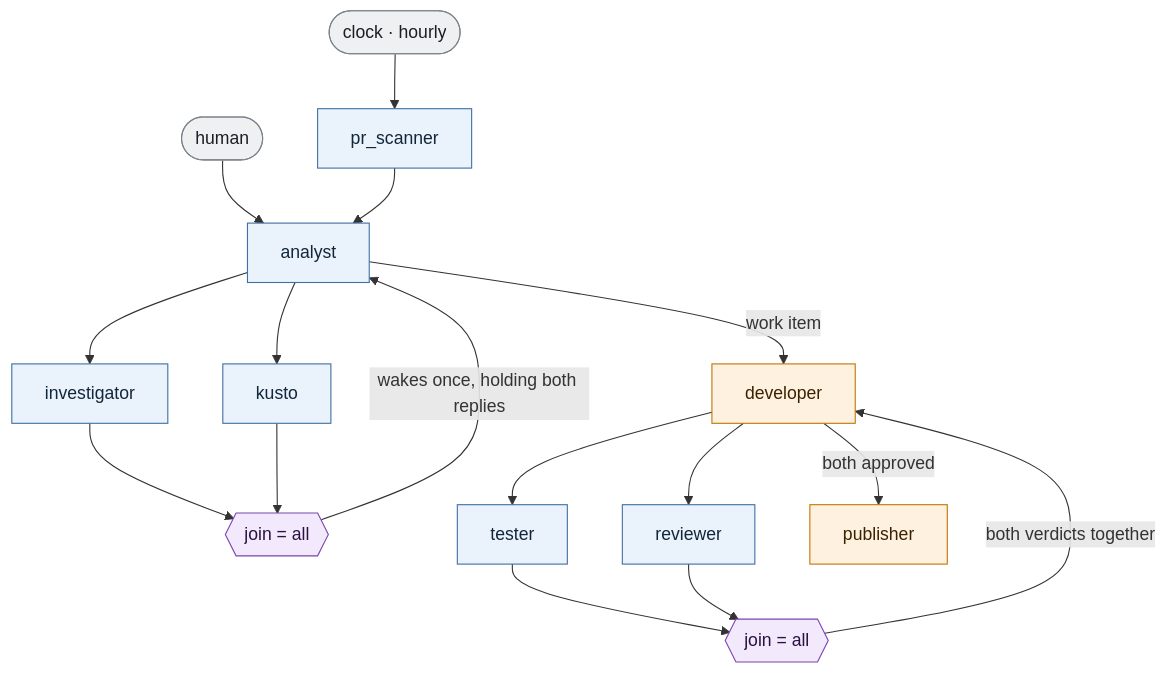
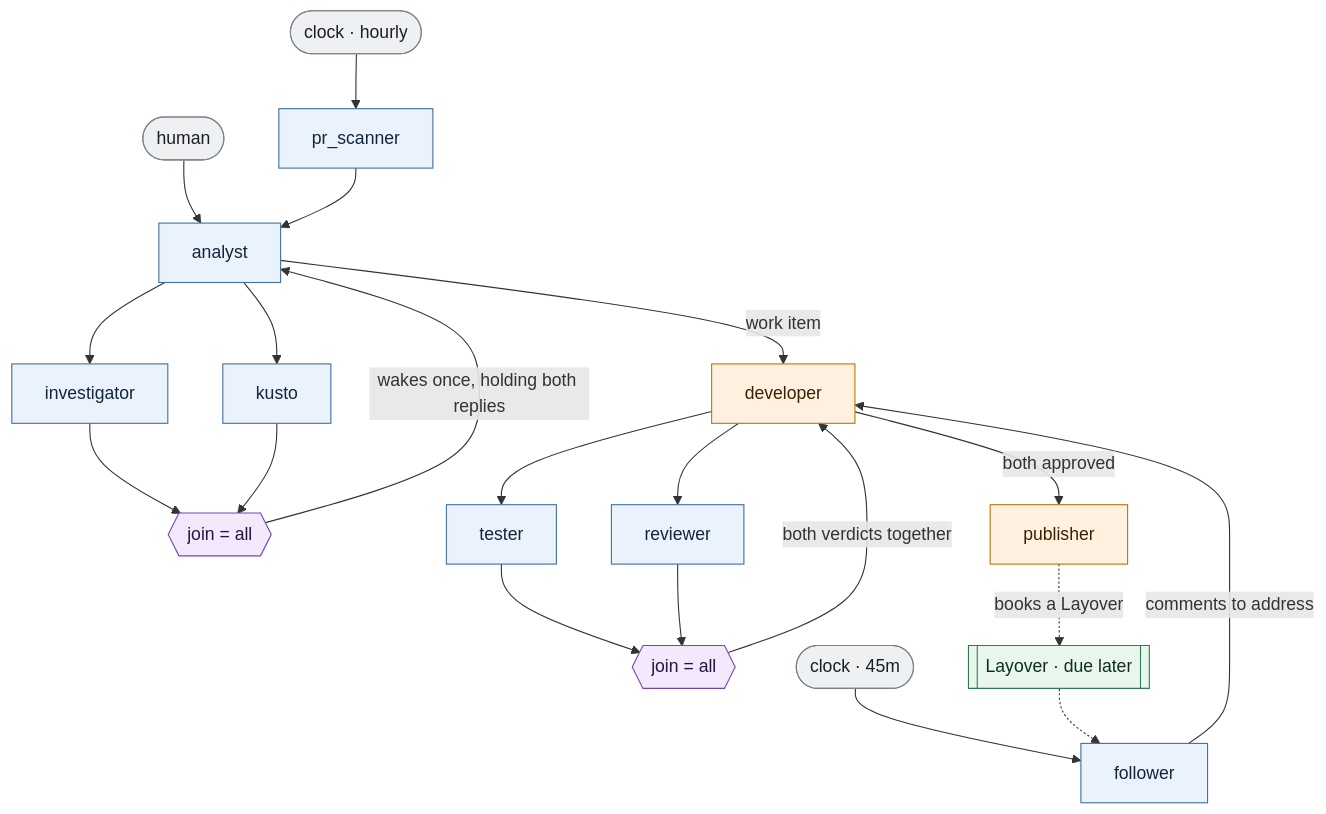
One commit to KotkaZ/layover-project changed the diagram in examples/workitem-factory/README.md. Above: the diagram before and after it, drawn with Mermaid. The commit also changed other lines of this file and 40 other files, not shown here.

````diff
--- a/examples/workitem-factory/README.md
+++ b/examples/workitem-factory/README.md
@@ -19,34 +19,41 @@
 ```mermaid
 flowchart TD
     human([human]) --> analyst
     clock([clock · hourly]) --> scanner
 
     scanner["pr_scanner"] --> analyst
 
     analyst["analyst"] --> investigator["investigator"]
     analyst --> kusto["kusto"]
 
     investigator --> joinA{{"join = all"}}
     kusto --> joinA
     joinA -->|"wakes once, holding both replies"| analyst
 
     analyst -->|"work item"| developer["developer"]
 
     developer --> tester["tester"]
     developer --> reviewer["reviewer"]
 
     tester --> joinB{{"join = all"}}
     reviewer --> joinB
     joinB -->|"both verdicts together"| developer
 
     developer -->|"both approved"| publisher["publisher"]
 
+    publisher -.->|"books a Layover"| layover[["Layover · due later"]]
+    clock2([clock · 45m]) --> follower["follower"]
+    layover -.-> follower
+    follower -->|"comments to address"| developer
+
     classDef ro fill:#eaf2fb,stroke:#3f6fa3,color:#12263a
     classDef rw fill:#fff1e0,stroke:#c07400,color:#3a2200
     classDef jn fill:#f2e9fd,stroke:#7a44b0,color:#2a1240
     classDef ev fill:#eef0f2,stroke:#7a828a,color:#1b1f23
-    class scanner,analyst,investigator,kusto,tester,reviewer ro
+    classDef lay fill:#e8f6ee,stroke:#2f7d4f,color:#0f2e1c
+    class scanner,analyst,investigator,kusto,tester,reviewer,follower ro
     class developer,publisher rw
     class joinA,joinB jn
-    class human,clock ev
+    class human,clock,clock2 ev
+    class layover lay
 ```
````
